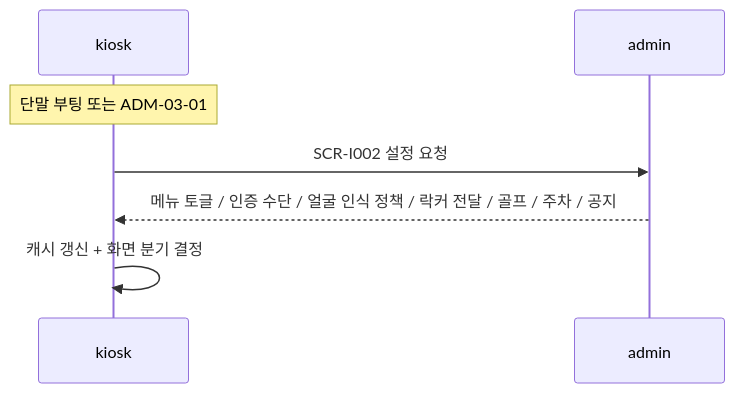
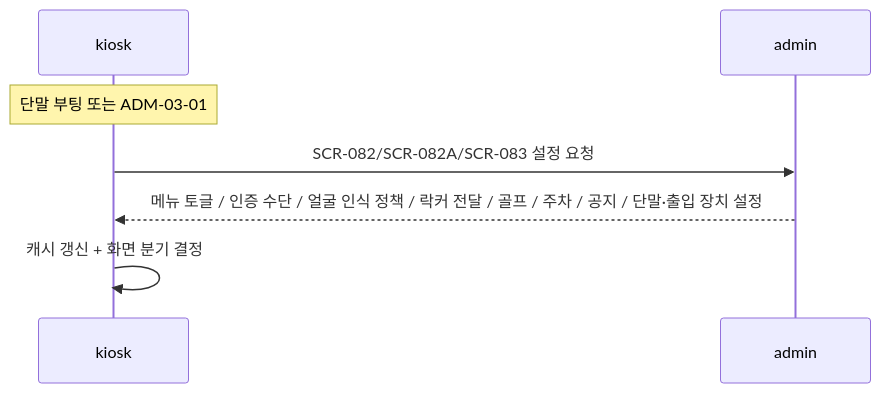
Before and after one commit to dev-spogym/admin-pando: the second of 6 diagrams in docs/kiosk/다이어그램/60_admin_연동/60_admin_데이터흐름.md, drawn with Mermaid. The commit also changed other lines of this file and 31 other files, not shown here.

````diff
--- a/docs/kiosk/다이어그램/60_admin_연동/60_admin_데이터흐름.md
+++ b/docs/kiosk/다이어그램/60_admin_연동/60_admin_데이터흐름.md
@@ -71,10 +75,10 @@
 ```mermaid
 sequenceDiagram
     participant kiosk
     participant admin
 
     Note over kiosk: 단말 부팅 또는 ADM-03-01
-    kiosk->>admin: SCR-I002 설정 요청
-    admin-->>kiosk: 메뉴 토글 / 인증 수단 / 얼굴 인식 정책 / 락커 전달 / 골프 / 주차 / 공지
+    kiosk->>admin: SCR-082/SCR-082A/SCR-083 설정 요청
+    admin-->>kiosk: 메뉴 토글 / 인증 수단 / 얼굴 인식 정책 / 락커 전달 / 골프 / 주차 / 공지 / 단말·출입 장치 설정
     kiosk->>kiosk: 캐시 갱신 + 화면 분기 결정
 ```
````
